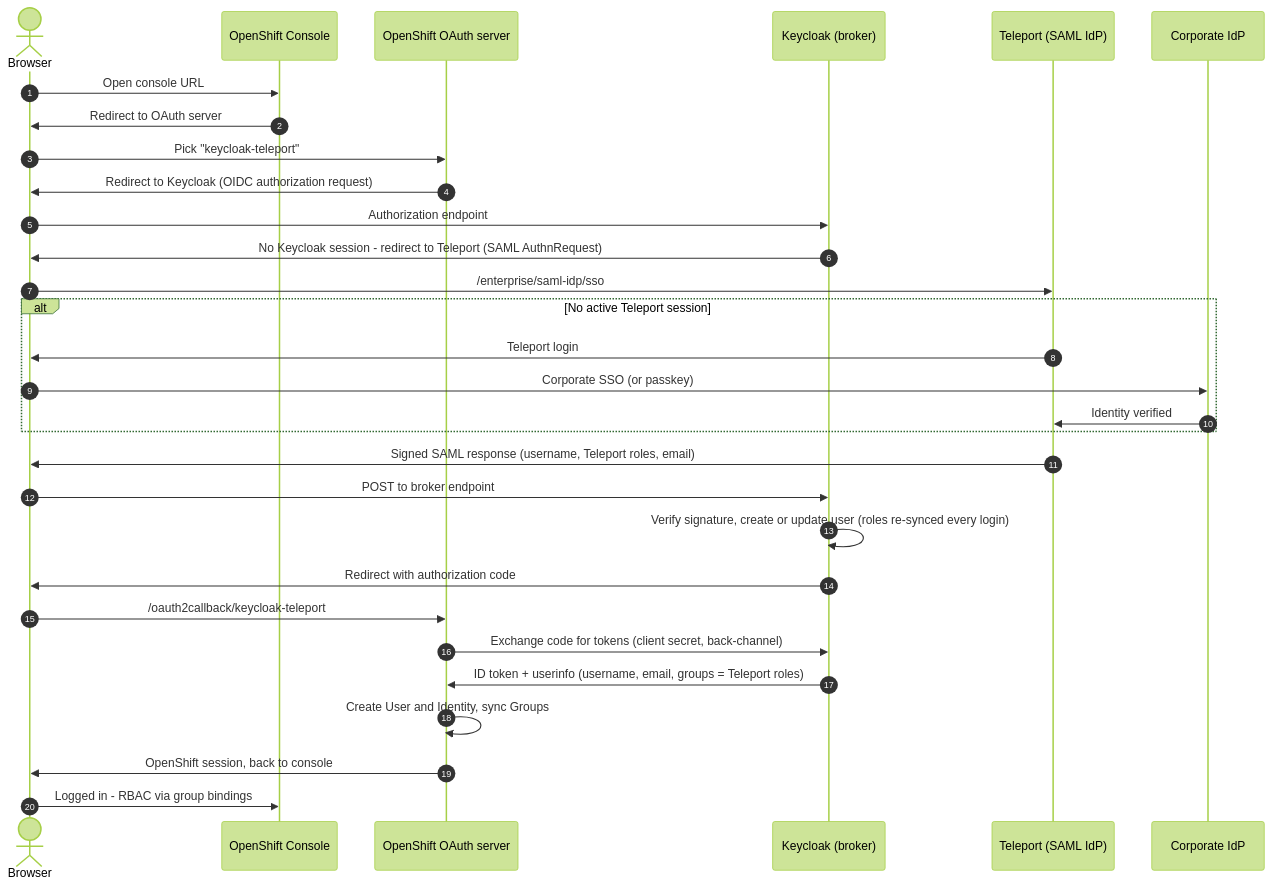
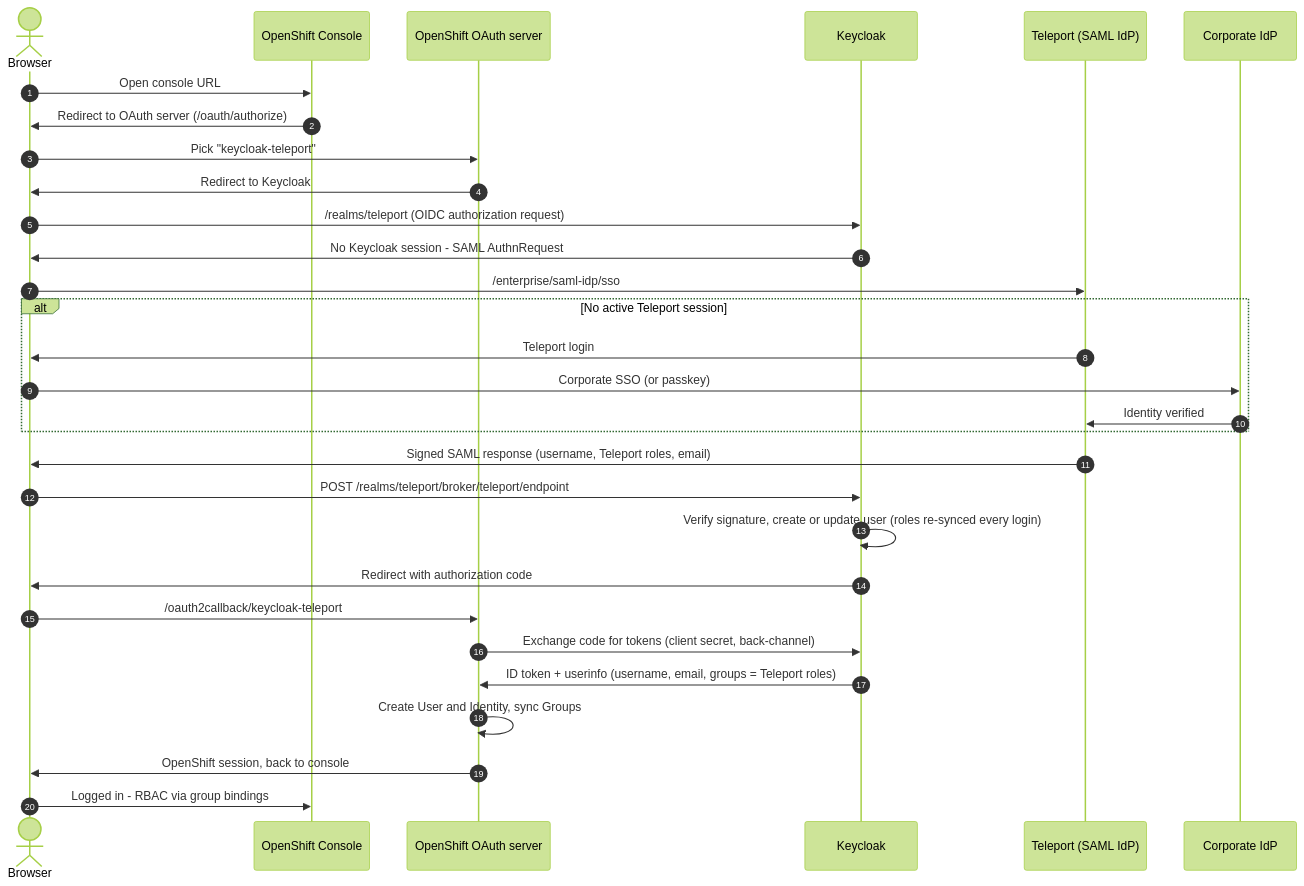
The diagram in README.md (jsabo/teleport-openshift-sso), drawn with Mermaid (forest theme) before and after one commit. The commit also changed other lines of this file and 1 other file, not shown here.

````diff
--- a/README.md
+++ b/README.md
@@ -117,33 +33,33 @@
 ```mermaid
 sequenceDiagram
     autonumber
     actor U as Browser
     participant C as OpenShift Console
     participant O as OpenShift OAuth server
-    participant K as Keycloak (broker)
+    participant K as Keycloak
     participant T as Teleport (SAML IdP)
     participant I as Corporate IdP
 
     U->>C: Open console URL
-    C->>U: Redirect to OAuth server
+    C->>U: Redirect to OAuth server (/oauth/authorize)
     U->>O: Pick "keycloak-teleport"
-    O->>U: Redirect to Keycloak (OIDC authorization request)
-    U->>K: Authorization endpoint
-    K->>U: No Keycloak session - redirect to Teleport (SAML AuthnRequest)
+    O->>U: Redirect to Keycloak
+    U->>K: /realms/teleport (OIDC authorization request)
+    K->>U: No Keycloak session - SAML AuthnRequest
     U->>T: /enterprise/saml-idp/sso
     alt No active Teleport session
         T->>U: Teleport login
         U->>I: Corporate SSO (or passkey)
         I->>T: Identity verified
     end
     T->>U: Signed SAML response (username, Teleport roles, email)
-    U->>K: POST to broker endpoint
+    U->>K: POST /realms/teleport/broker/teleport/endpoint
     K->>K: Verify signature, create or update user (roles re-synced every login)
     K->>U: Redirect with authorization code
     U->>O: /oauth2callback/keycloak-teleport
     O->>K: Exchange code for tokens (client secret, back-channel)
     K->>O: ID token + userinfo (username, email, groups = Teleport roles)
     O->>O: Create User and Identity, sync Groups
     O->>U: OpenShift session, back to console
     U->>C: Logged in - RBAC via group bindings
 ```
````
